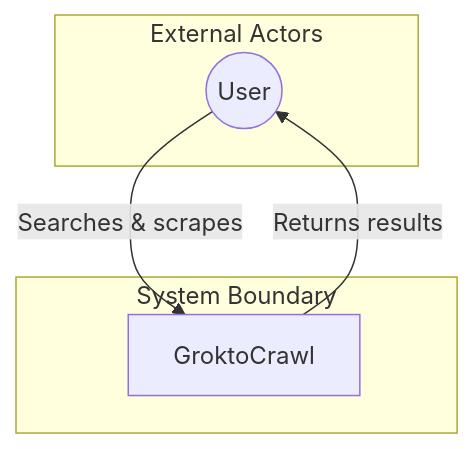
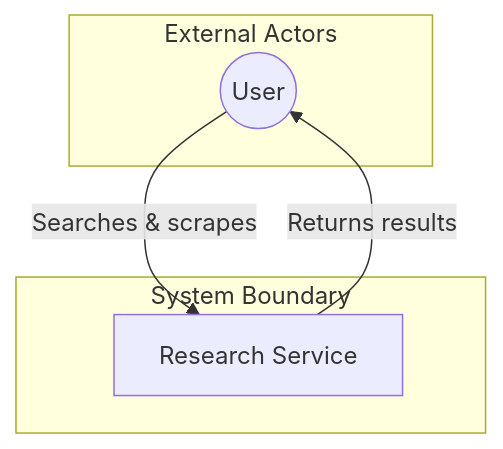
The first of 3 diagrams in mermaid-diagrams/references/c4-mermaid.md (magnus919/agent-skills), drawn with Mermaid before and after one commit. The commit also changed other lines of this file, not shown here.

````diff
--- a/mermaid-diagrams/references/c4-mermaid.md
+++ b/mermaid-diagrams/references/c4-mermaid.md
@@ -39,13 +39,13 @@
 ```mermaid
 flowchart TB
   subgraph External["External Actors"]
     User(("User"))
   end
 
   subgraph System["System Boundary"]
-    GC["GroktoCrawl"]
+    GC["Research Service"]
   end
 
   User -- "Searches & scrapes" --> GC
   GC -- "Returns results" --> User
 ```
````
